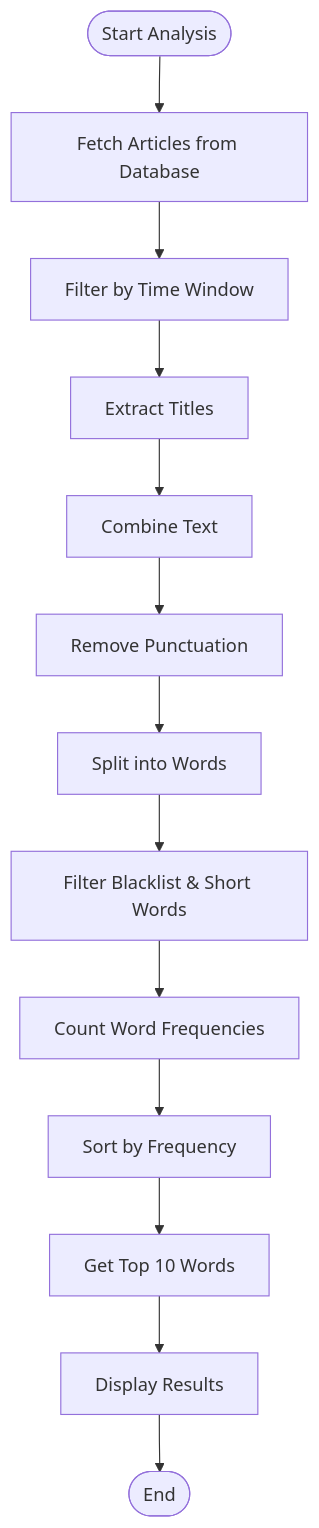
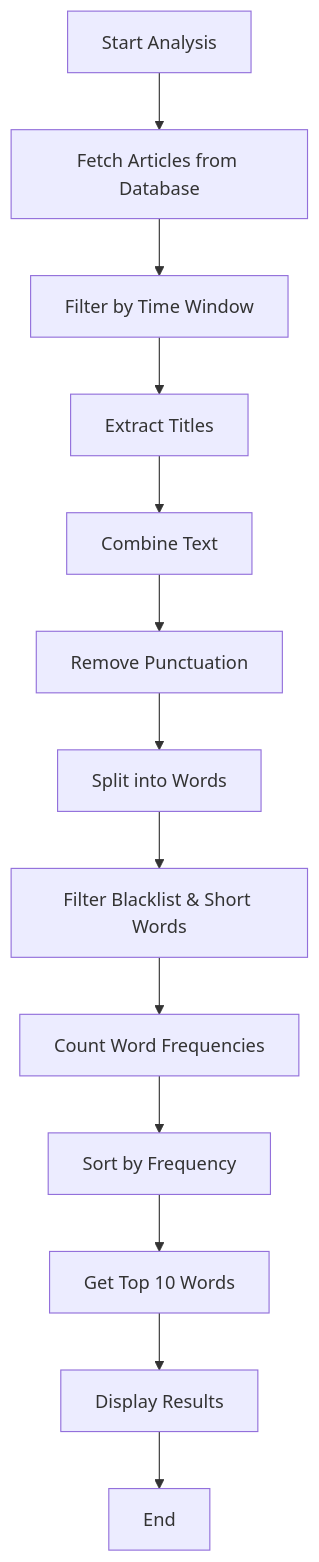
One commit to Likhithsai2580/RAVANA-WIKI changed the third of 5 diagrams in docs/Specialized Modules/Trend Analysis-99ab4941-833f-4090-b342-69e580b0c33d.md. Above: the diagram before and after it, drawn with Mermaid. The commit also changed 52 other files, not shown here.

First line of the commit message:
chore(docs): update documentation content, fix Mermaid diagrams, and enhance README

````diff
--- a/docs/Specialized Modules/Trend Analysis-99ab4941-833f-4090-b342-69e580b0c33d.md
+++ b/docs/Specialized Modules/Trend Analysis-99ab4941-833f-4090-b342-69e580b0c33d.md
@@ -80,15 +80,15 @@
 ```mermaid
 flowchart TD
-Start([Start Analysis]) --> Fetch["Fetch Articles from Database"]
+Start["Start Analysis"] --> Fetch["Fetch Articles from Database"]
 Fetch --> Filter["Filter by Time Window"]
 Filter --> Extract["Extract Titles"]
 Extract --> Combine["Combine Text"]
 Combine --> Clean["Remove Punctuation"]
 Clean --> Split["Split into Words"]
 Split --> FilterWords["Filter Blacklist & Short Words"]
 FilterWords --> Count["Count Word Frequencies"]
 Count --> Sort["Sort by Frequency"]
 Sort --> Top10["Get Top 10 Words"]
 Top10 --> Output["Display Results"]
-Output --> End([End])
+Output --> End["End"]
 ```
````
